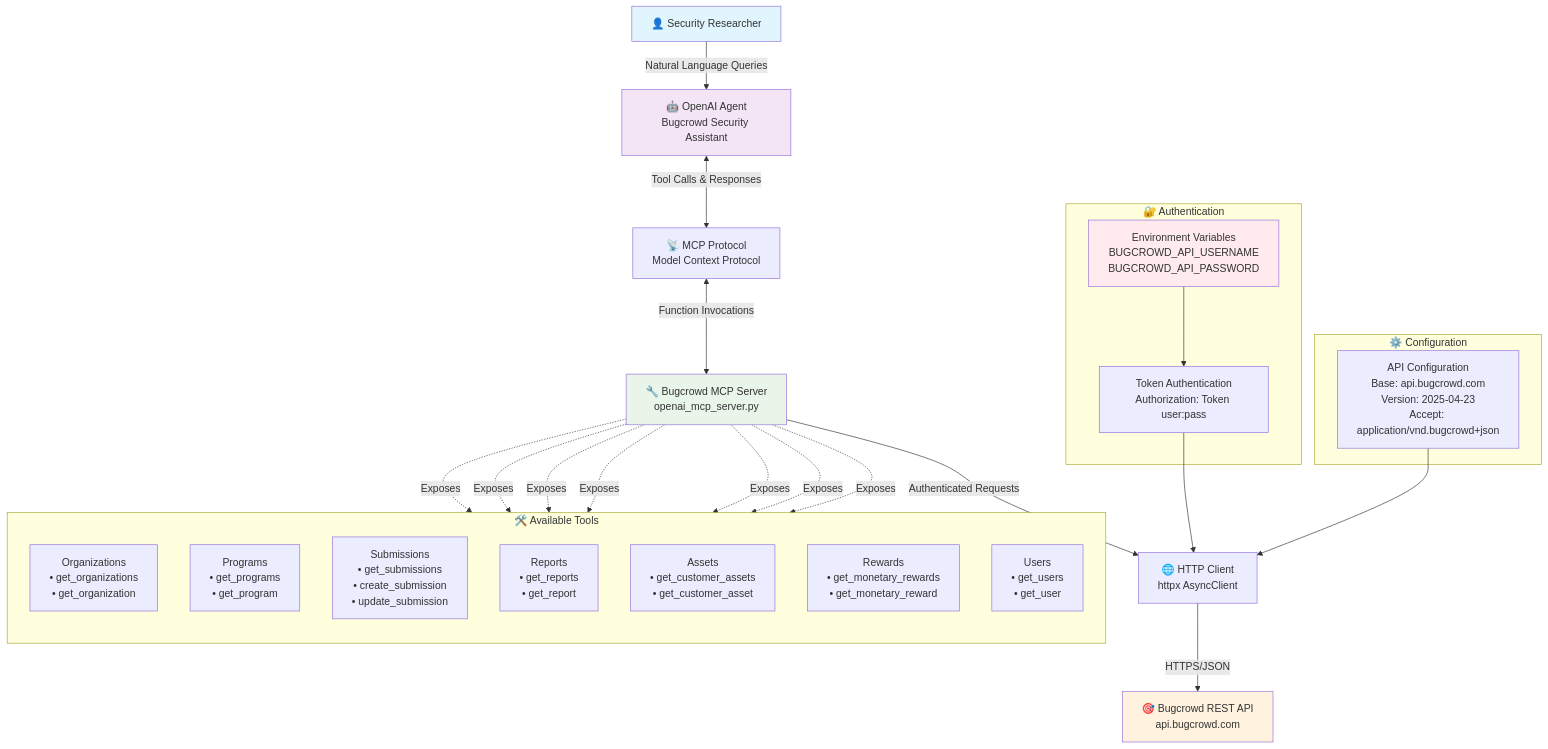
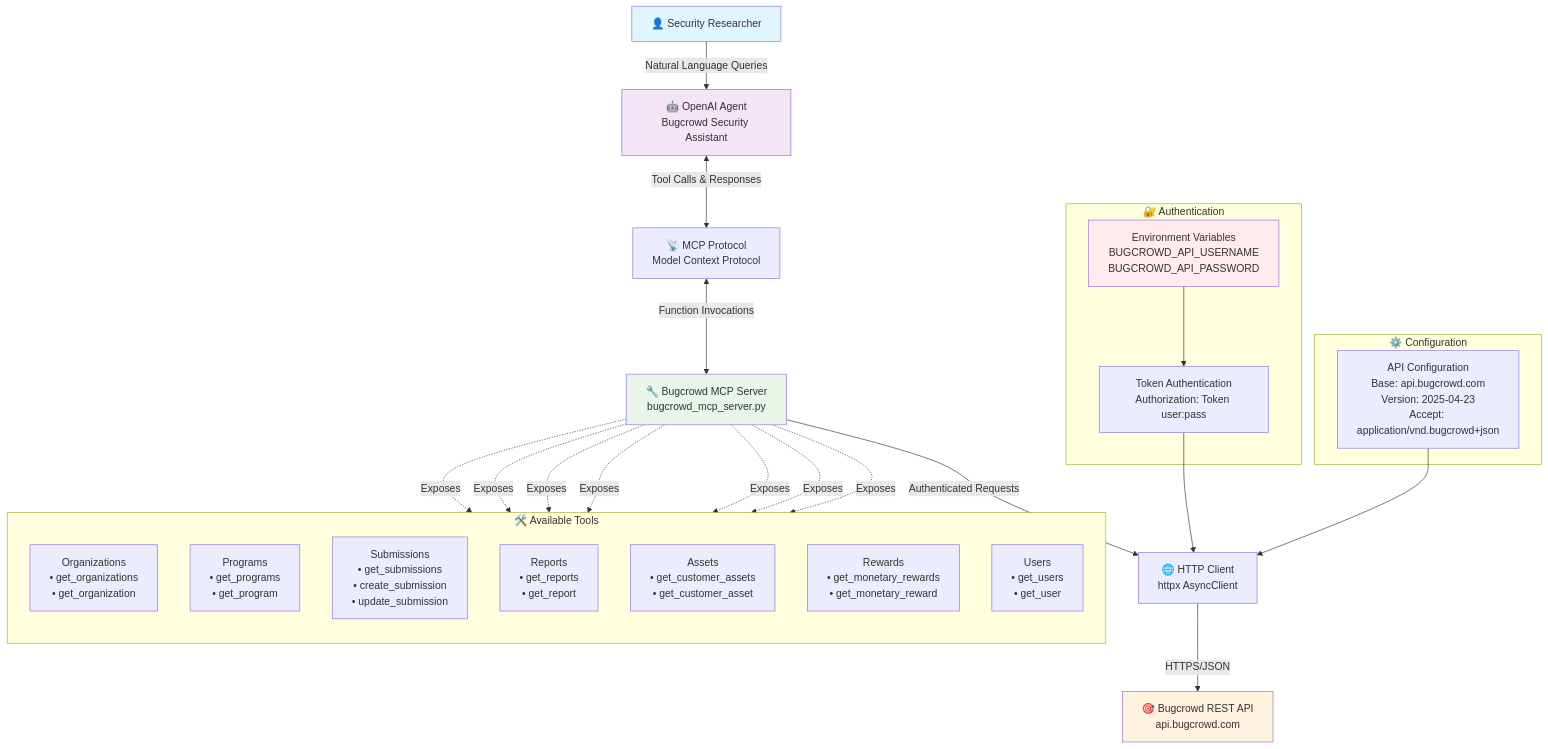
One commit to unstrike/OpenAI_Bugcrowd_MCP changed the diagram in docs/architecture_diagram.md. Above: the diagram before and after it, drawn with Mermaid. The commit also changed other lines of this file and 6 other files, not shown here.

````diff
--- a/docs/architecture_diagram.md
+++ b/docs/architecture_diagram.md
@@ -3,69 +3,69 @@
 ```mermaid
 graph TB
     %% User Layer
     User[👤 Security Researcher]
     
     %% OpenAI Agent Layer  
     Agent[🤖 OpenAI Agent<br/>Bugcrowd Security Assistant]
     
     %% MCP Protocol Layer
     MCP[📡 MCP Protocol<br/>Model Context Protocol]
     
     %% MCP Server Layer
-    Server[🔧 Bugcrowd MCP Server<br/>openai_mcp_server.py]
+    Server[🔧 Bugcrowd MCP Server<br/>bugcrowd_mcp_server.py]
     
     %% API Client Layer
     HTTP[🌐 HTTP Client<br/>httpx AsyncClient]
     
     %% External API
     BugcrowdAPI[🎯 Bugcrowd REST API<br/>api.bugcrowd.com]
     
     %% Data Flow
     User -->|Natural Language Queries| Agent
     Agent <-->|Tool Calls & Responses| MCP
     MCP <-->|Function Invocations| Server
     Server -->|Authenticated Requests| HTTP
     HTTP -->|HTTPS/JSON| BugcrowdAPI
     
     %% Tool Categories
     subgraph "🛠️ Available Tools"
         direction TB
         OrgTools[Organizations<br/>• get_organizations<br/>• get_organization]
         ProgTools[Programs<br/>• get_programs<br/>• get_program]
         SubTools[Submissions<br/>• get_submissions<br/>• create_submission<br/>• update_submission]
         ReportTools[Reports<br/>• get_reports<br/>• get_report]
         AssetTools[Assets<br/>• get_customer_assets<br/>• get_customer_asset]
         RewardTools[Rewards<br/>• get_monetary_rewards<br/>• get_monetary_reward]
         UserTools[Users<br/>• get_users<br/>• get_user]
     end
     
     Server -.->|Exposes| OrgTools
     Server -.->|Exposes| ProgTools
     Server -.->|Exposes| SubTools
     Server -.->|Exposes| ReportTools
     Server -.->|Exposes| AssetTools
     Server -.->|Exposes| RewardTools
     Server -.->|Exposes| UserTools
     
     %% Authentication
     subgraph "🔐 Authentication"
         EnvVars[Environment Variables<br/>BUGCROWD_API_USERNAME<br/>BUGCROWD_API_PASSWORD]
         Auth[Token Authentication<br/>Authorization: Token user:pass]
     end
     
     EnvVars --> Auth
     Auth --> HTTP
     
     %% Configuration
     subgraph "⚙️ Configuration"
         Config[API Configuration<br/>Base: api.bugcrowd.com<br/>Version: 2025-04-23<br/>Accept: application/vnd.bugcrowd+json]
     end
     
     Config --> HTTP
     
     style User fill:#e1f5fe
     style Agent fill:#f3e5f5
     style Server fill:#e8f5e8
     style BugcrowdAPI fill:#fff3e0
     style EnvVars fill:#ffebee
 ```
````
